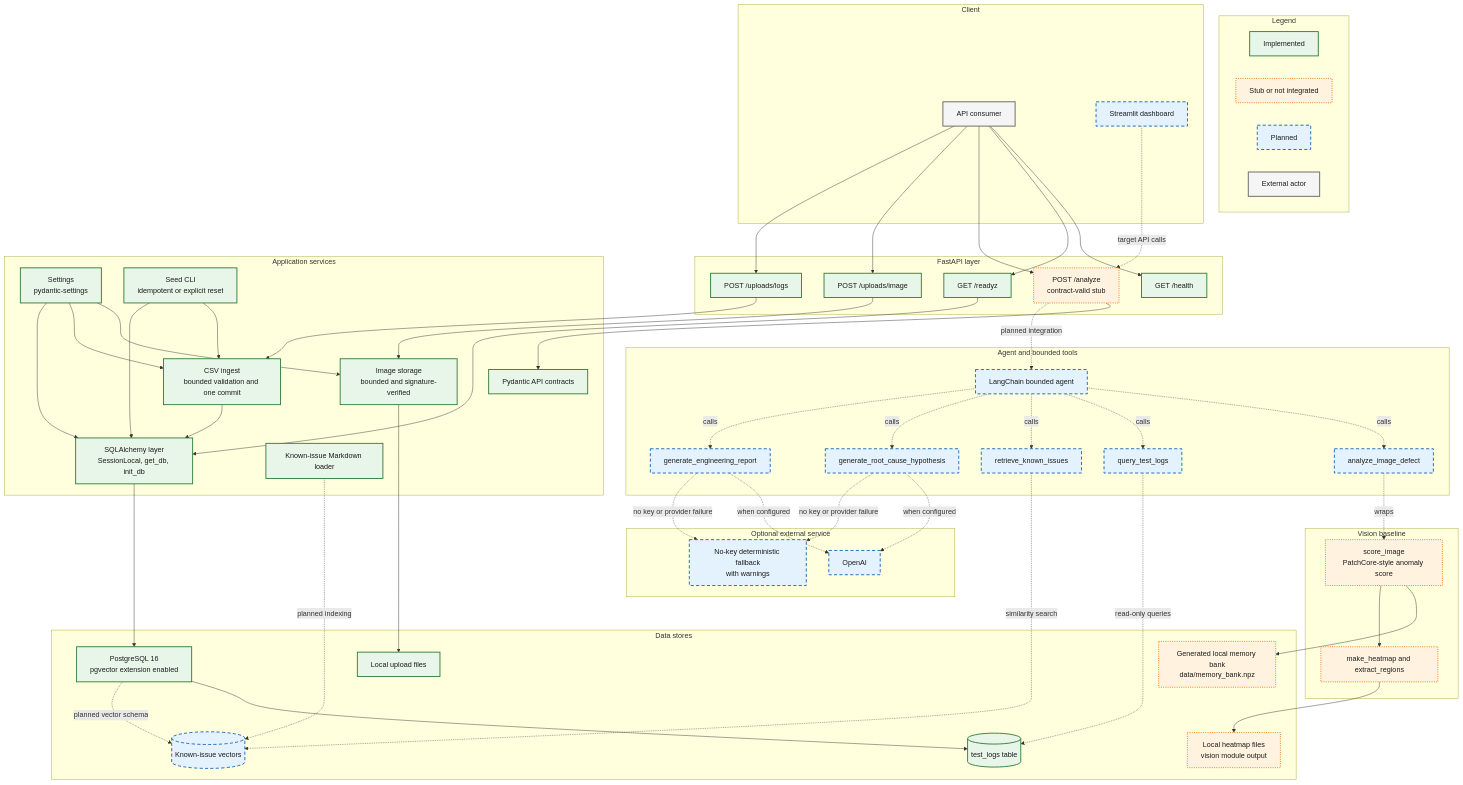
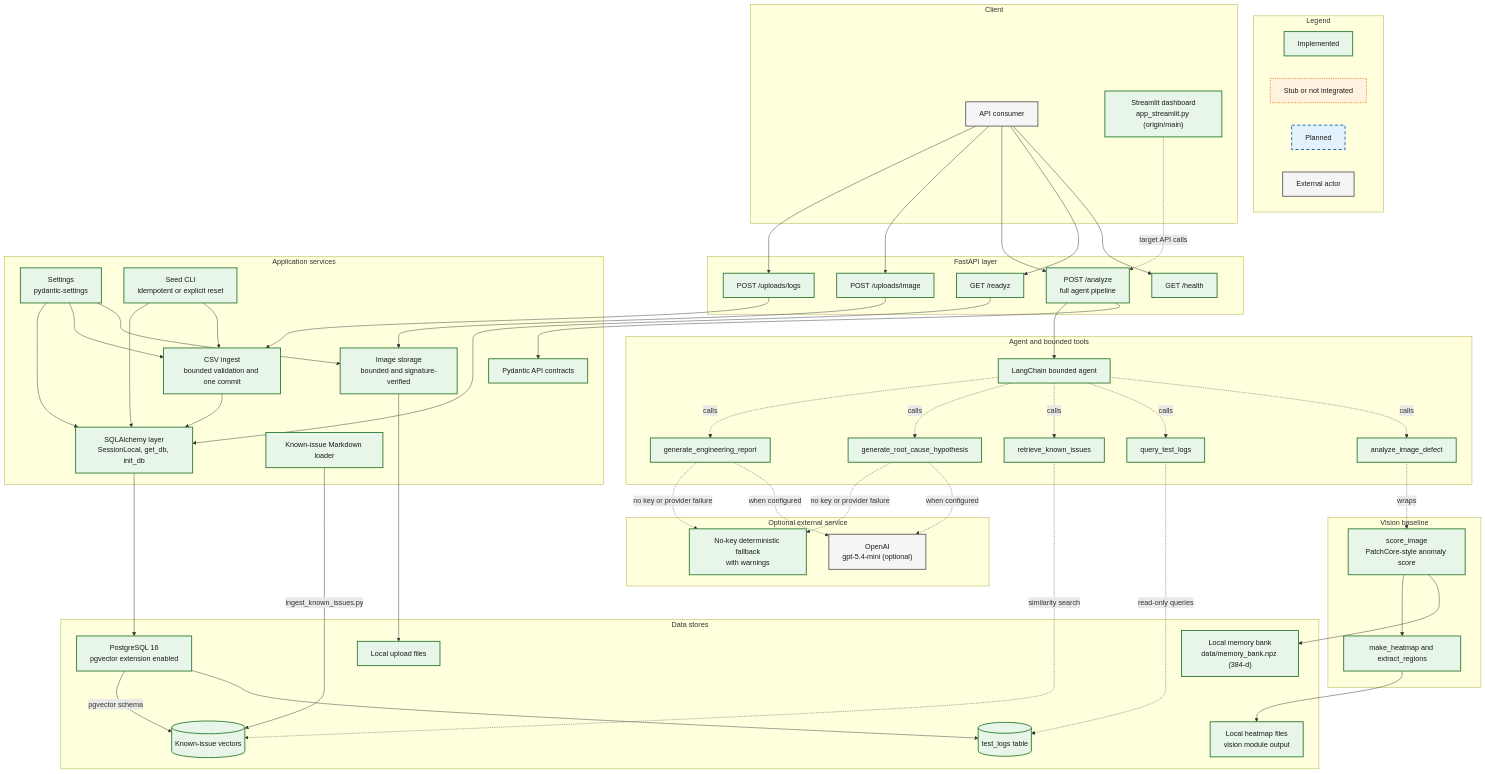
Before and after one commit to umynameislove/FactoryLens: the first of 3 diagrams in docs/architecture.md, drawn with Mermaid. The commit also changed other lines of this file and 1 other file, not shown here.

First line of the commit message:
docs(architecture): mark phases 1-4 components as implemented

```diff
--- a/docs/architecture.md
+++ b/docs/architecture.md
@@ -26,13 +35,13 @@
 
     subgraph Client["Client"]
         Consumer["API consumer"]:::external
-        Dashboard["Streamlit dashboard"]:::planned
+        Dashboard["Streamlit dashboard<br/>app_streamlit.py (origin/main)"]:::implemented
     end
 
     subgraph API["FastAPI layer"]
         Health["GET /health"]:::implemented
         Readyz["GET /readyz"]:::implemented
-        Analyze["POST /analyze<br/>contract-valid stub"]:::stub
+        Analyze["POST /analyze<br/>full agent pipeline"]:::implemented
         UploadImage["POST /uploads/image"]:::implemented
         UploadLogs["POST /uploads/logs"]:::implemented
     end
@@ -48,31 +57,31 @@
     end
 
     subgraph Vision["Vision baseline"]
-        Score["score_image<br/>PatchCore-style anomaly score"]:::stub
-        Heatmap["make_heatmap and extract_regions"]:::stub
+        Score["score_image<br/>PatchCore-style anomaly score"]:::implemented
+        Heatmap["make_heatmap and extract_regions"]:::implemented
     end
 
     subgraph Agent["Agent and bounded tools"]
-        BoundedAgent["LangChain bounded agent"]:::planned
-        ImageTool["analyze_image_defect"]:::planned
-        LogTool["query_test_logs"]:::planned
-        IssueTool["retrieve_known_issues"]:::planned
-        CauseTool["generate_root_cause_hypothesis"]:::planned
-        ReportTool["generate_engineering_report"]:::planned
+        BoundedAgent["LangChain bounded agent"]:::implemented
+        ImageTool["analyze_image_defect"]:::implemented
+        LogTool["query_test_logs"]:::implemented
+        IssueTool["retrieve_known_issues"]:::implemented
+        CauseTool["generate_root_cause_hypothesis"]:::implemented
+        ReportTool["generate_engineering_report"]:::implemented
     end
 
     subgraph Stores["Data stores"]
         UploadFiles["Local upload files"]:::implemented
-        HeatmapFiles["Local heatmap files<br/>vision module output"]:::stub
-        MemoryBank["Generated local memory bank<br/>data/memory_bank.npz"]:::stub
+        HeatmapFiles["Local heatmap files<br/>vision module output"]:::implemented
+        MemoryBank["Local memory bank<br/>data/memory_bank.npz (384-d)"]:::implemented
         Postgres["PostgreSQL 16<br/>pgvector extension enabled"]:::implemented
         TestLogs[("test_logs table")]:::implemented
-        KnownVectors[("Known-issue vectors")]:::planned
+        KnownVectors[("Known-issue vectors")]:::implemented
     end
 
     subgraph External["Optional external service"]
-        OpenAI["OpenAI"]:::planned
-        Fallback["No-key deterministic fallback<br/>with warnings"]:::planned
+        OpenAI["OpenAI<br/>gpt-5.4-mini (optional)"]:::external
+        Fallback["No-key deterministic fallback<br/>with warnings"]:::implemented
     end
 
     Consumer --> Health
@@ -99,10 +108,10 @@
     Score --> MemoryBank
     Score --> Heatmap
     Heatmap --> HeatmapFiles
-    KnownDocs -. "planned indexing" .-> KnownVectors
-    Postgres -. "planned vector schema" .-> KnownVectors
+    KnownDocs -- "ingest_known_issues.py" --> KnownVectors
+    Postgres -- "pgvector schema" --> KnownVectors
 
-    Analyze -. "planned integration" .-> BoundedAgent
+    Analyze --> BoundedAgent
     BoundedAgent -. "calls" .-> ImageTool
     BoundedAgent -. "calls" .-> LogTool
     BoundedAgent -. "calls" .-> IssueTool
```
